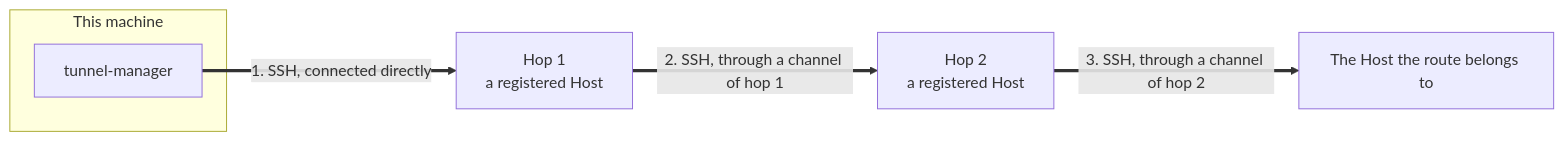
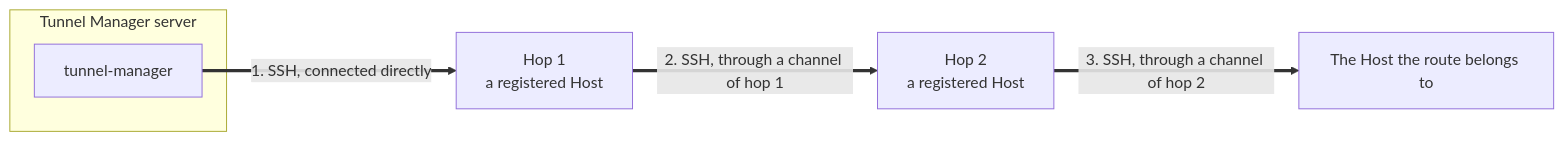
Before and after one commit to jollaman999/tunnel-manager: the fourth of 4 diagrams in docs/reference.md, drawn with Mermaid. The commit also changed other lines of this file and 7 other files, not shown here.

Commit message:
docs: Call it the Tunnel Manager server and a jump host

````diff
--- a/docs/reference.md
+++ b/docs/reference.md
@@ -676,13 +678,13 @@
 ```mermaid
 flowchart LR
-    subgraph here [This machine]
+    subgraph here [Tunnel Manager server]
         tm[tunnel-manager]
     end
     hop1[Hop 1<br/>a registered Host]
     hop2[Hop 2<br/>a registered Host]
     target[The Host the route belongs to]
 
     tm ==>|"1. SSH, connected directly"| hop1
     hop1 ==>|"2. SSH, through a channel of hop 1"| hop2
     hop2 ==>|"3. SSH, through a channel of hop 2"| target
 ```
````
